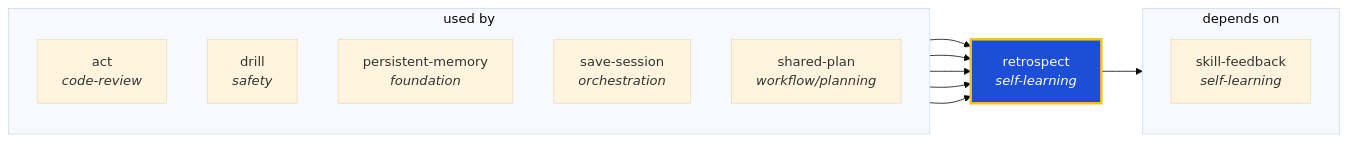
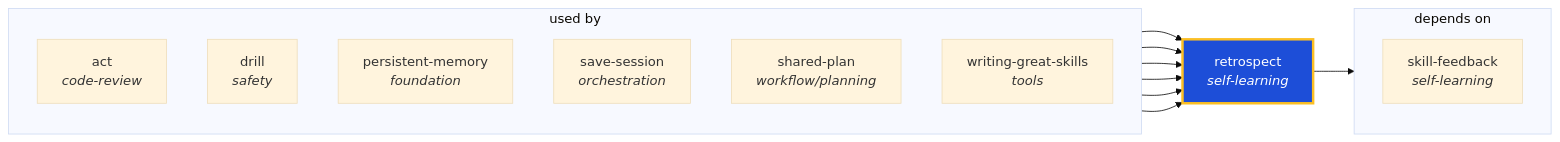
The diagram in docs/graphs/generated/retrospect.md (ThePlenkov/skills), drawn with Mermaid (base theme) before and after one commit. The commit also changed other lines of this file and 76 other files, not shown here.

````diff
--- a/docs/graphs/generated/retrospect.md
+++ b/docs/graphs/generated/retrospect.md
@@ -22,26 +22,28 @@
 ```mermaid
 graph LR
   retrospect["retrospect<br/><i>self-learning</i>"]
   classDef center fill:#1d4ed8,stroke:#fbbf24,stroke-width:3px,color:#fff
   class retrospect center
 
   subgraph sg_used_by["used by"]
     direction TB
     act["act<br/><i>code-review</i>"]
     drill["drill<br/><i>safety</i>"]
     persistent_memory["persistent-memory<br/><i>foundation</i>"]
     save_session["save-session<br/><i>orchestration</i>"]
     shared_plan["shared-plan<br/><i>workflow/planning</i>"]
+    writing_great_skills["writing-great-skills<br/><i>tools</i>"]
   end
   act --> retrospect
   drill --> retrospect
   persistent_memory --> retrospect
   save_session --> retrospect
   shared_plan --> retrospect
+  writing_great_skills --> retrospect
 
   subgraph sg_depends_on["depends on"]
     direction TB
     skill_feedback["skill-feedback<br/><i>self-learning</i>"]
   end
   retrospect --> skill_feedback
 ```
````
